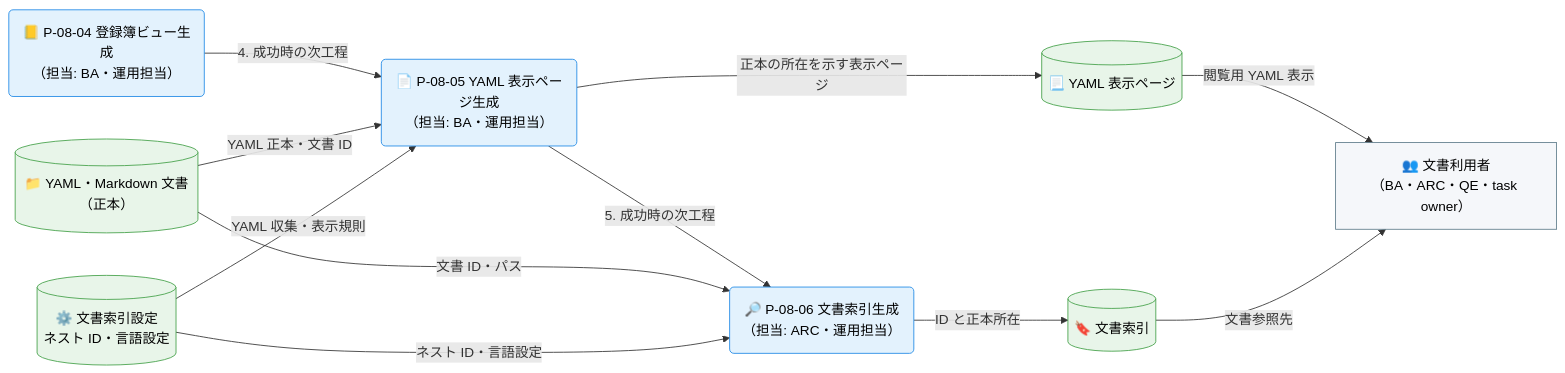
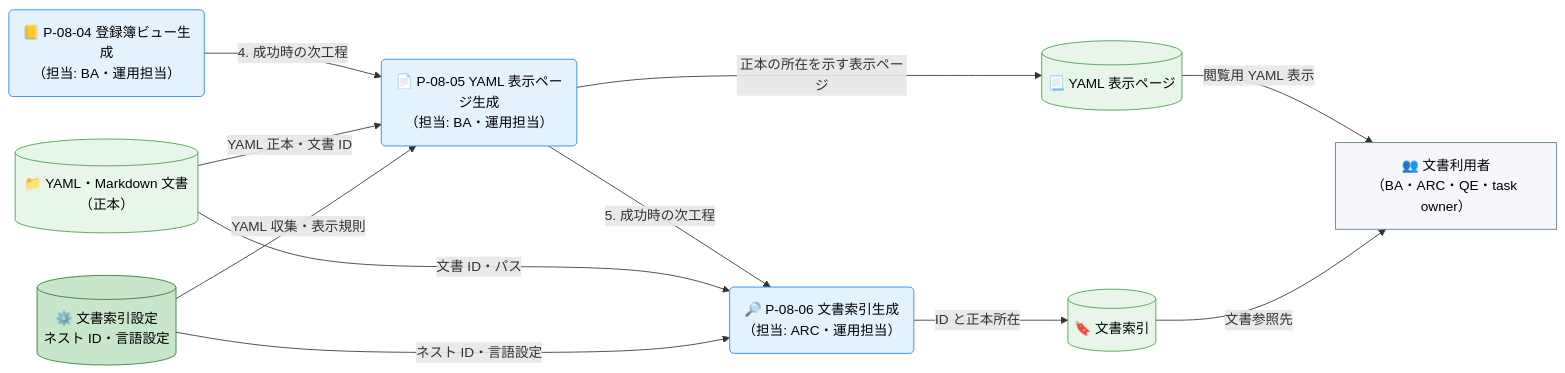
Before and after one commit to specdojo/specdojo: the second of 3 diagrams in docs/ja/product/010-business-specs/010-data-flow/cdfd-derived-content.md, drawn with Mermaid. The commit also changed other lines of this file and 6 other files, not shown here.

````diff
--- a/docs/ja/product/010-business-specs/010-data-flow/cdfd-derived-content.md
+++ b/docs/ja/product/010-business-specs/010-data-flow/cdfd-derived-content.md
@@ -122,34 +124,36 @@
 ```mermaid
 flowchart LR
   classDef process fill:#e3f2fd,stroke:#1e88e5,color:#000
-  classDef store fill:#e8f5e9,stroke:#43a047,color:#000
+  classDef storeMaster fill:#c8e6c9,stroke:#2e7d32,color:#000
+  classDef storeTransaction fill:#e8f5e9,stroke:#43a047,color:#000
   classDef actor fill:#f5f7fa,stroke:#607d8b,color:#000
 
   文書利用者["👥 文書利用者<br>（BA・ARC・QE・task owner）"]
 
   登録簿ビュー生成("📒 P-08-04 登録簿ビュー生成<br>（担当: BA・運用担当）")
   YAML表示ページ生成("📄 P-08-05 YAML 表示ページ生成<br>（担当: BA・運用担当）")
   文書索引生成("🔎 P-08-06 文書索引生成<br>（担当: ARC・運用担当）")
 
   YAMLMarkdown文書[("📁 YAML・Markdown 文書（正本）")]
   文書索引設定[("⚙️ 文書索引設定<br>ネスト ID・言語設定")]
   YAML表示ページ[("📃 YAML 表示ページ")]
   文書索引[("🔖 文書索引")]
 
   登録簿ビュー生成 -->|"4. 成功時の次工程"| YAML表示ページ生成
   YAML表示ページ生成 -->|"5. 成功時の次工程"| 文書索引生成
 
   YAMLMarkdown文書 -->|"YAML 正本・文書 ID"| YAML表示ページ生成
   文書索引設定 -->|"YAML 収集・表示規則"| YAML表示ページ生成
   YAML表示ページ生成 -->|"正本の所在を示す表示ページ"| YAML表示ページ
   YAMLMarkdown文書 -->|"文書 ID・パス"| 文書索引生成
   文書索引設定 -->|"ネスト ID・言語設定"| 文書索引生成
   文書索引生成 -->|"ID と正本所在"| 文書索引
 
   YAML表示ページ -->|"閲覧用 YAML 表示"| 文書利用者
   文書索引 -->|"文書参照先"| 文書利用者
 
   class 登録簿ビュー生成,YAML表示ページ生成,文書索引生成 process
-  class YAMLMarkdown文書,文書索引設定,YAML表示ページ,文書索引 store
+  class 文書索引設定 storeMaster
+  class YAMLMarkdown文書,YAML表示ページ,文書索引 storeTransaction
   class 文書利用者 actor
 ```
````
